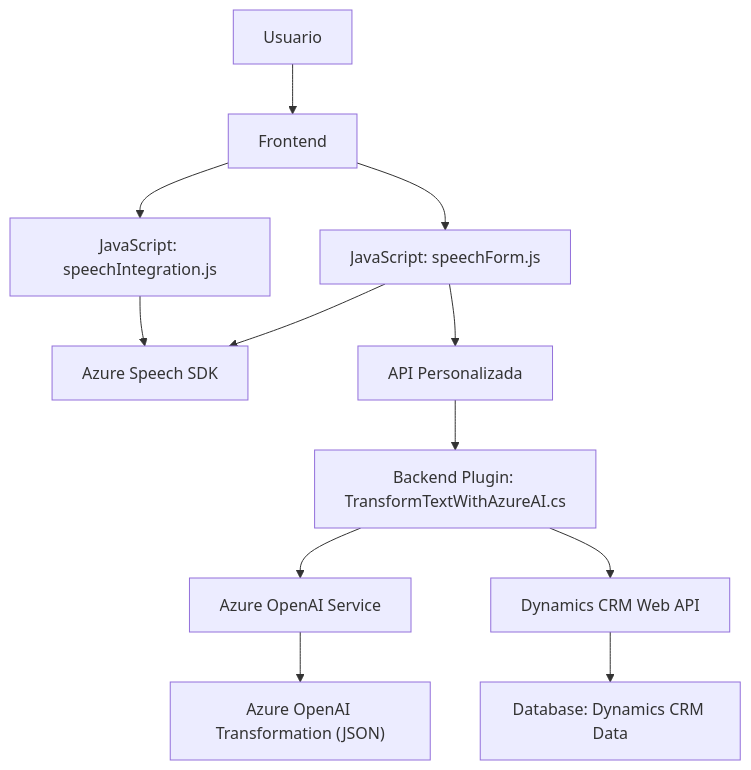
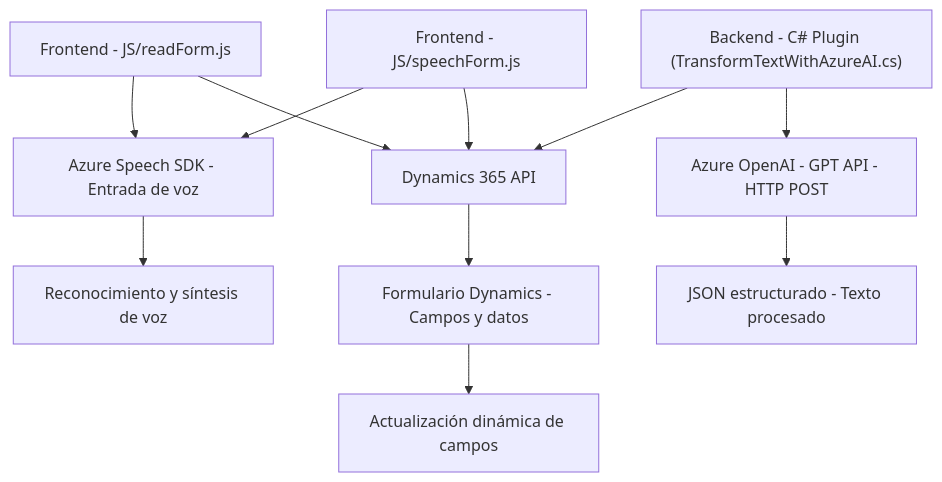
One commit to blopezdm/NETCORE_BILBAO2025 changed the diagram in README.md. Above: the diagram before and after it, drawn with Mermaid. The commit also changed other lines of this file, not shown here.

````diff
--- a/README.md
+++ b/README.md
@@ -32,14 +40,14 @@
 ```mermaid
 graph TD
-    A["Usuario"] --> B["Frontend"]
-    B["Frontend"] --> C["JavaScript: speechIntegration.js"]
-    B --> D["JavaScript: speechForm.js"]
-    C --> E["Azure Speech SDK"]
-    D --> E["Azure Speech SDK"]
-    D --> F["API Personalizada"]
-    F --> G["Backend Plugin: TransformTextWithAzureAI.cs"]
-    G --> H["Azure OpenAI Service"]
-    G --> I["Dynamics CRM Web API"]
-    I --> J["Database: Dynamics CRM Data"]
-    H --> K["Azure OpenAI Transformation (JSON)"]
+    A["Frontend - JS/readForm.js"] --> B["Azure Speech SDK - Entrada de voz"]
+    A --> C["Dynamics 365 API"]
+    D["Frontend - JS/speechForm.js"] --> B
+    D --> C
+    E["Backend - C# Plugin (TransformTextWithAzureAI.cs)"] --> C
+    E --> F["Azure OpenAI - GPT API - HTTP POST"]
+
+    C --> G["Formulario Dynamics - Campos y datos"]
+    B --> H["Reconocimiento y síntesis de voz"]
+    F --> I["JSON estructurado - Texto procesado"]
+    G --> G2["Actualización dinámica de campos"]
 ```
````
